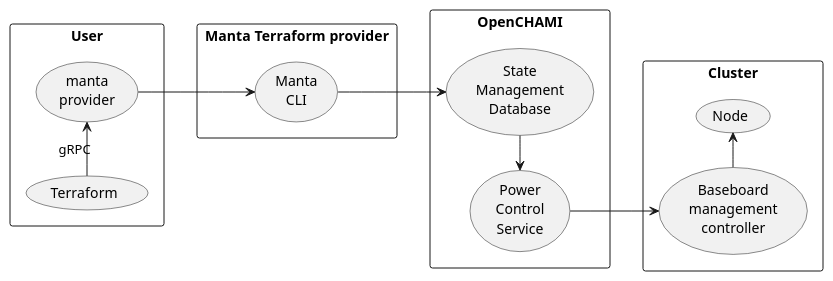
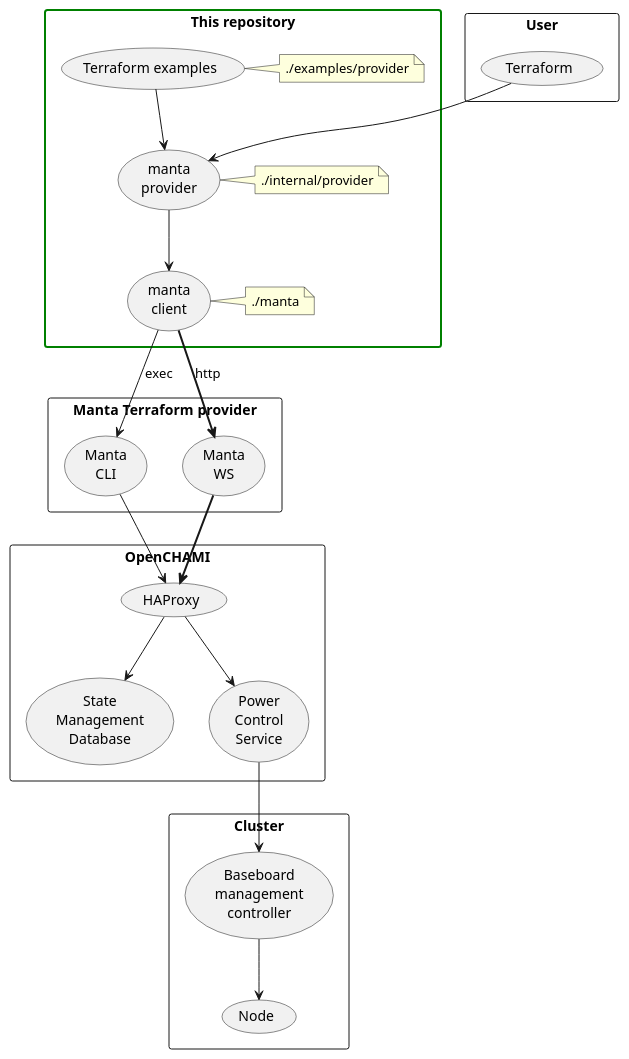
Before and after one commit to eth-cscs/terraform-provider-manta: the diagram in assets/deployment-terraform-provider-manta.plantuml, drawn with PlantUML. The commit also changed 1 other file, not shown here.

Commit message:
docs: update deployment diagram

```diff
--- a/assets/deployment-terraform-provider-manta.plantuml
+++ b/assets/deployment-terraform-provider-manta.plantuml
@@ -1,31 +1,44 @@
 @startuml
-
-left to right direction
 
 rectangle pc as "User" {
   (terraform) as "Terraform"
-  (terraform_provider) as "manta\nprovider"
+}
+
+rectangle repo as "This repository" #line.bold;line:green {
+  (terraform_examples) as "Terraform examples"
+  note right of terraform_examples: ./examples/provider
+  (terraform_manta_provider) as "manta\nprovider"
+  note right of terraform_manta_provider: ./internal/provider
+  (terraform_manta_client) as "manta\nclient"
+  note right of terraform_manta_client: ./manta
 }
 
 rectangle manta_terraform_provider as "Manta Terraform provider" {
-  (manta) as "Manta\nCLI"
+  (mantacli) as "Manta\nCLI"
+  (mantaws) as "Manta\nWS"
 }
 
 rectangle openchami as "OpenCHAMI" {
+  (smd) as "State\nManagement\nDatabase"
   (pcs) as "Power\nControl\nService"
-  (smd) as "State\nManagement\nDatabase"
+  (haproxy) as "HAProxy"
 }
 
 rectangle cluster as "Cluster" {
   (bmc) as "Baseboard\nmanagement\ncontroller"
   (node) as "Node"
 }
 
-terraform -> terraform_provider : gRPC
-terraform_provider --> manta
-manta --> smd
-smd -left-> pcs
+terraform --> terraform_manta_provider
+terraform_examples --> terraform_manta_provider
+terraform_manta_provider --> terraform_manta_client
+terraform_manta_client --> mantacli : exec
+terraform_manta_client --> mantaws #line.bold : http
+mantacli --> haproxy
+mantaws --> haproxy #line.bold
+haproxy --> smd
+haproxy --> pcs
 pcs --> bmc
-bmc -> node
+bmc --> node
 
 @enduml
```
